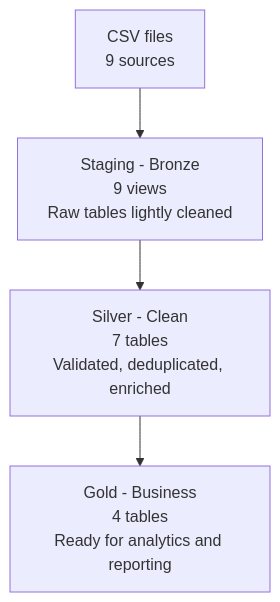
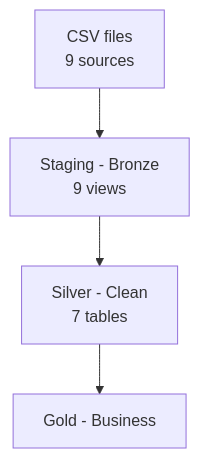
The diagram in README.md (Pranay-DE/olist-dbt-pipeline), drawn with Mermaid before and after one commit. The commit also changed other lines of this file, not shown here.

Commit message:
update README - mark project complete with full documentation

````diff
--- a/README.md
+++ b/README.md
@@ -14,6 +14,6 @@
 ```mermaid
 flowchart TD
-    A[CSV files<br/>9 sources] --> B[Staging - Bronze<br/>9 views<br/>Raw tables lightly cleaned]
-    B --> C[Silver - Clean<br/>7 tables<br/>Validated, deduplicated, enriched]
-    C --> D[Gold - Business<br/>4 tables<br/>Ready for analytics and reporting]
+    A[CSV files<br/>9 sources] --> B[Staging - Bronze<br/>9 views]
+    B --> C[Silver - Clean<br/>7 tables]
+    C --> D[Gold - Business]
 ```
````
